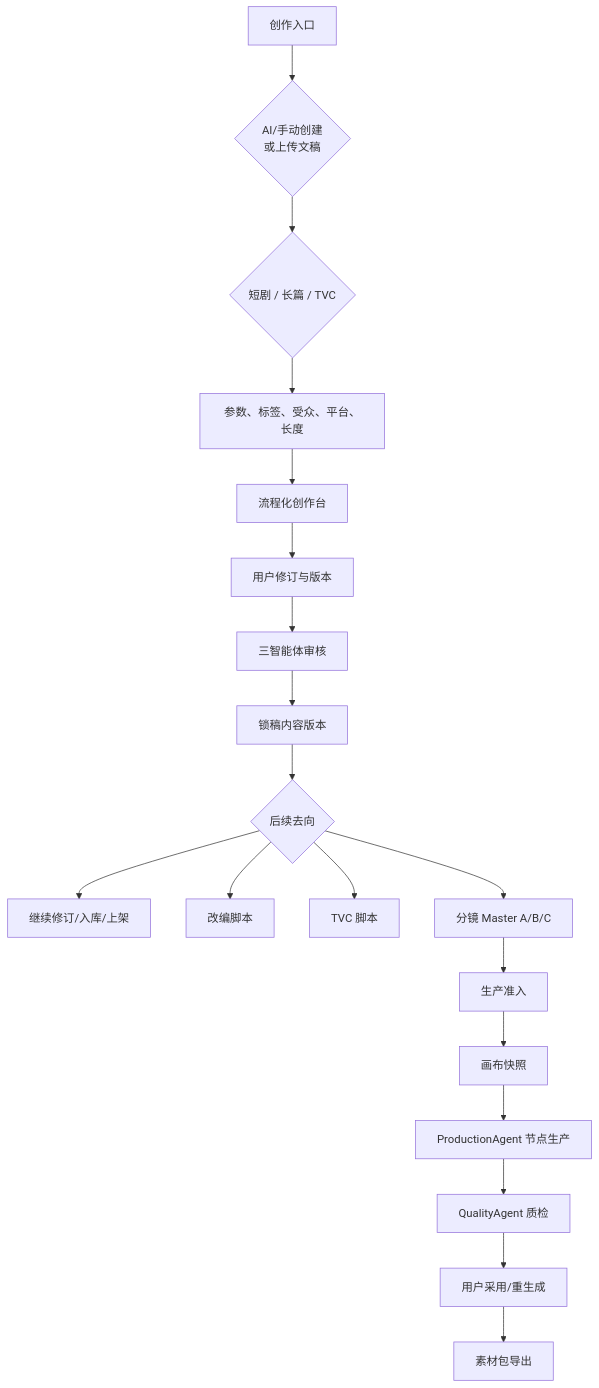
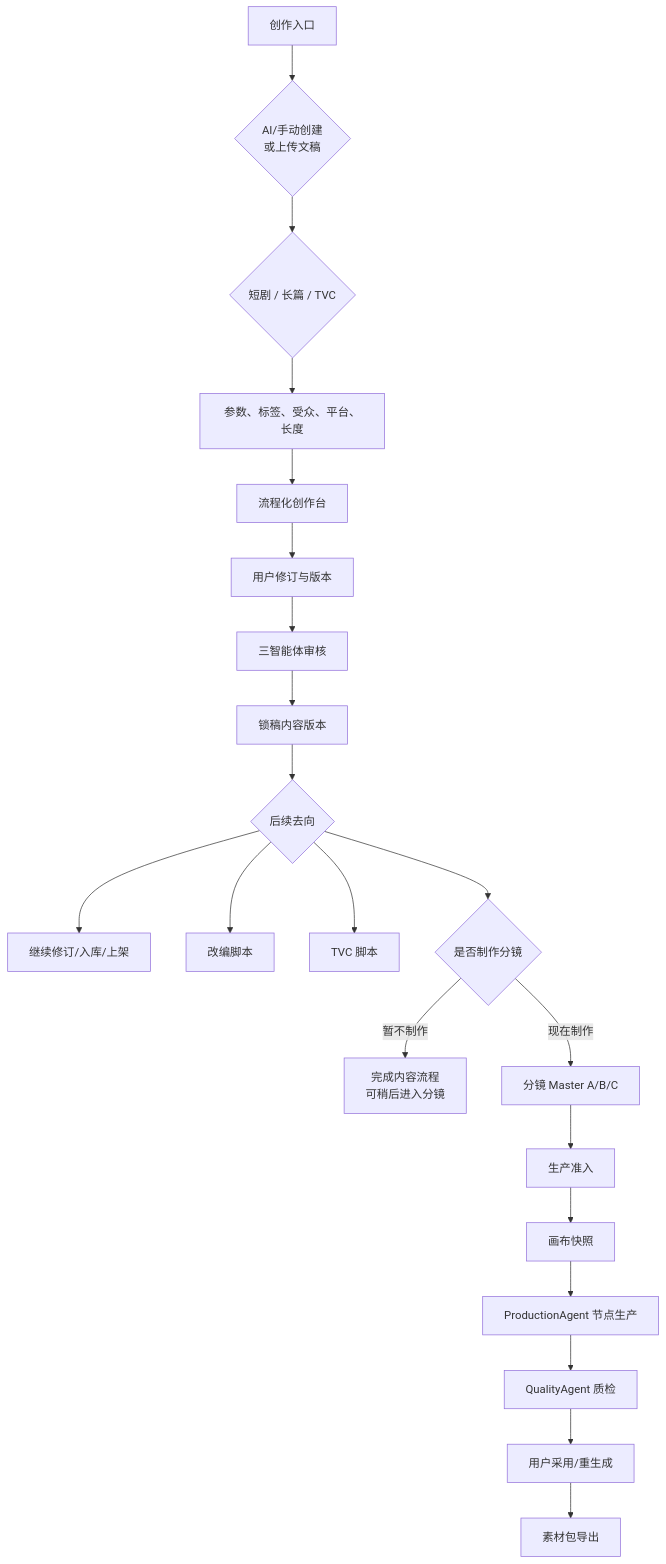
One commit to chuck0824/ai-comic-platform changed the first of 4 diagrams in docs/superpowers/specs/2026-06-29-script-creation-v7-prd.md. Above: the diagram before and after it, drawn with Mermaid. The commit also changed other lines of this file, not shown here.

Commit message:
docs: refine V7 adaptive flow and optional storyboards

````diff
--- a/docs/superpowers/specs/2026-06-29-script-creation-v7-prd.md
+++ b/docs/superpowers/specs/2026-06-29-script-creation-v7-prd.md
@@ -142,21 +150,23 @@
 ```mermaid
 flowchart TD
     A["创作入口"] --> B{"AI/手动创建<br/>或上传文稿"}
     B --> C{"短剧 / 长篇 / TVC"}
     C --> D["参数、标签、受众、平台、长度"]
     D --> E["流程化创作台"]
     E --> F["用户修订与版本"]
     F --> G["三智能体审核"]
     G --> H["锁稿内容版本"]
     H --> I{"后续去向"}
     I --> I1["继续修订/入库/上架"]
     I --> I2["改编脚本"]
     I --> I3["TVC 脚本"]
-    I --> I4["分镜 Master A/B/C"]
+    I --> Q{"是否制作分镜"}
+    Q -->|暂不制作| I5["完成内容流程<br/>可稍后进入分镜"]
+    Q -->|现在制作| I4["分镜 Master A/B/C"]
     I4 --> J["生产准入"]
     J --> K["画布快照"]
     K --> L["ProductionAgent 节点生产"]
     L --> M["QualityAgent 质检"]
     M --> N["用户采用/重生成"]
     N --> O["素材包导出"]
 ```
````
